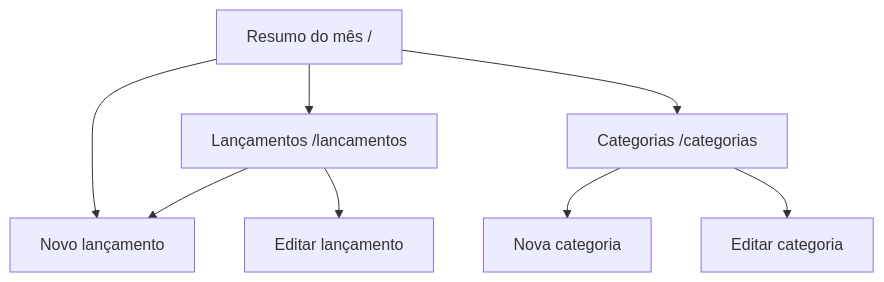
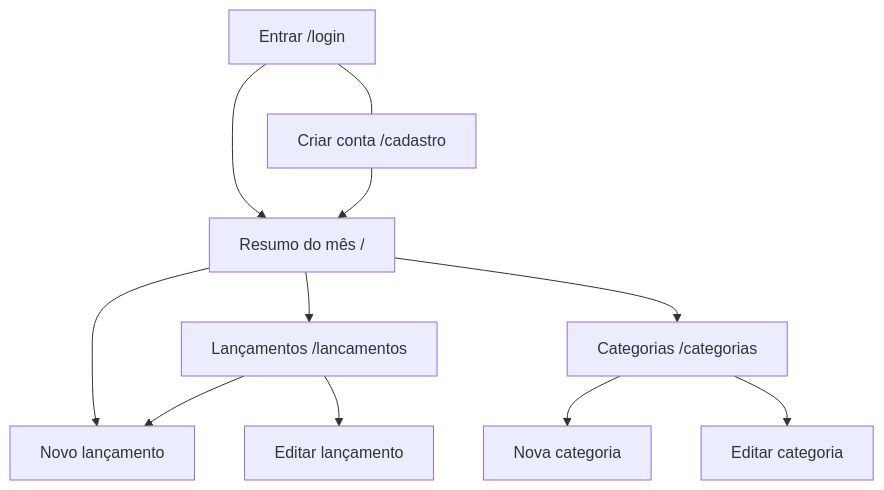
One commit to AugustoOL/controle-financas changed the diagram in docs/04-ihc.md. Above: the diagram before and after it, drawn with Mermaid. The commit also changed other lines of this file and 27 other files, not shown here.

Commit message:
Adiciona login e cadastro com dados separados por usuário

````diff
--- a/docs/04-ihc.md
+++ b/docs/04-ihc.md
@@ -4,10 +4,13 @@
 ```mermaid
 flowchart TD
+    LG[Entrar /login] --> R
+    CD[Criar conta /cadastro] --> R
+    LG --- CD
     R[Resumo do mês /] --> L[Lançamentos /lancamentos]
     R --> C[Categorias /categorias]
     R --> NL[Novo lançamento]
     L --> NL
     L --> EL[Editar lançamento]
     C --> NC[Nova categoria]
     C --> EC[Editar categoria]
 ```
````
